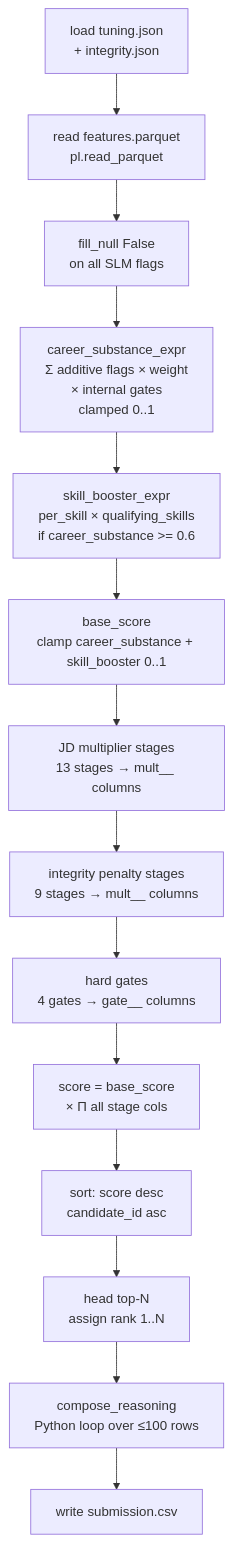
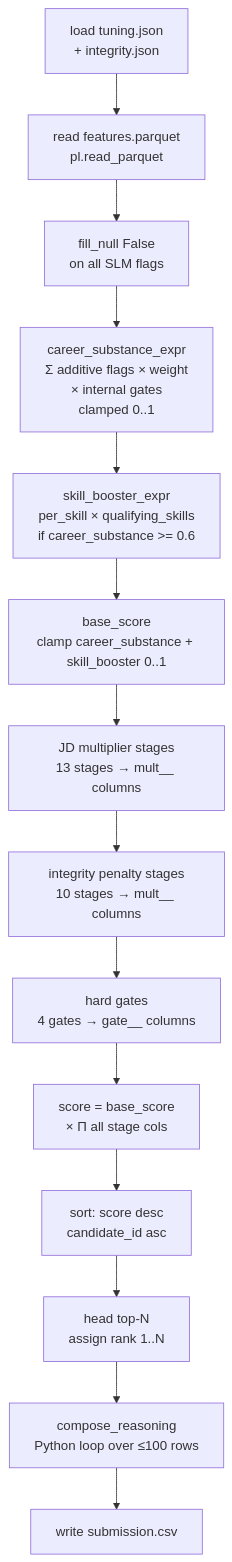
Before and after one commit to ankitkr-04/candidate-ranker-v2: the diagram in docs/ranker.md, drawn with Mermaid. The commit also changed 3 other files, not shown here.

````diff
--- a/docs/ranker.md
+++ b/docs/ranker.md
@@ -47,16 +47,16 @@
 ```mermaid
 flowchart TD
     A[load tuning.json\n+ integrity.json] --> B[read features.parquet\npl.read_parquet]
     B --> C[fill_null False\non all SLM flags]
     C --> D[career_substance_expr\nΣ additive flags × weight\n× internal gates\nclamped 0..1]
     D --> E[skill_booster_expr\nper_skill × qualifying_skills\nif career_substance >= 0.6]
     E --> F[base_score\nclamp career_substance + skill_booster 0..1]
     F --> G[JD multiplier stages\n13 stages → mult__<id> columns]
-    G --> H[integrity penalty stages\n9 stages → mult__<id> columns]
+    G --> H[integrity penalty stages\n10 stages → mult__<id> columns]
     H --> I[hard gates\n4 gates → gate__<id> columns]
     I --> J[score = base_score\n× Π all stage cols]
     J --> M[sort: score desc\ncandidate_id asc]
     M --> N[head top-N\nassign rank 1..N]
     N --> O[compose_reasoning\nPython loop over ≤100 rows]
     O --> P[write submission.csv]
 ```
````
